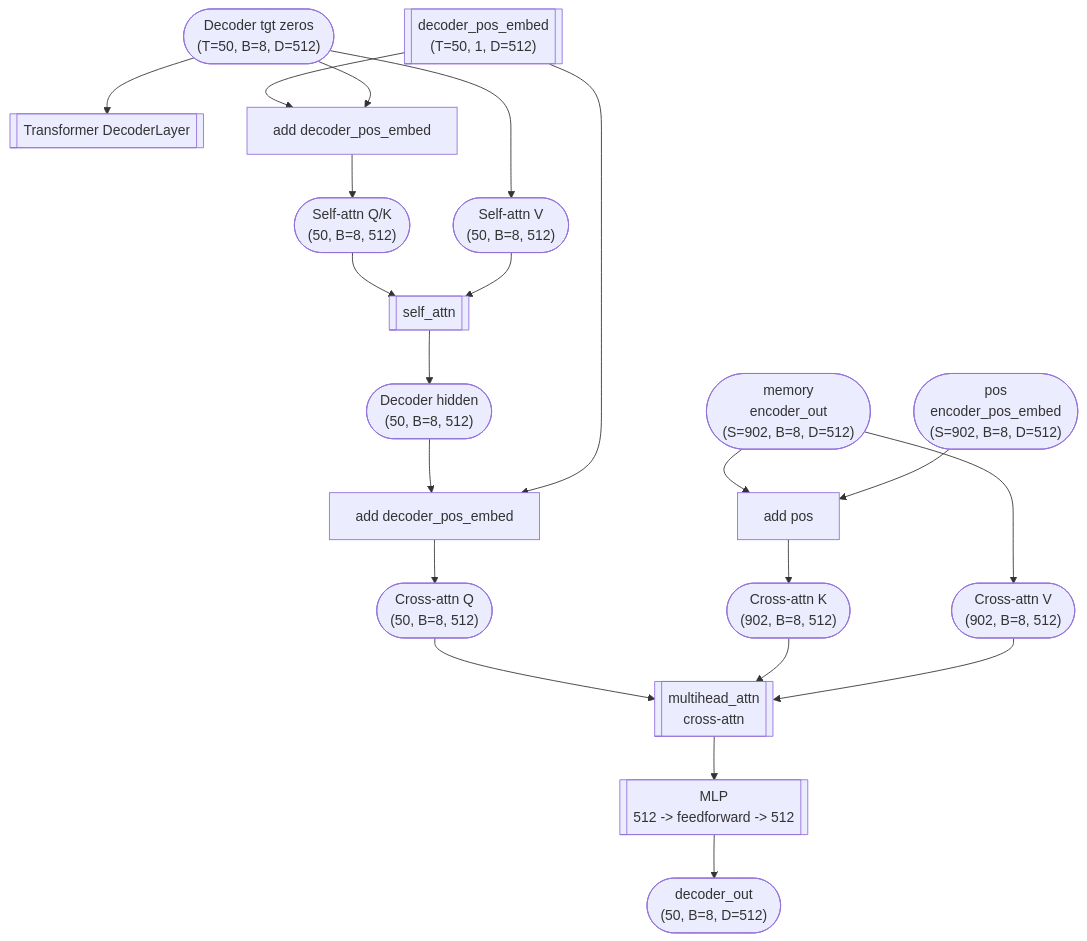
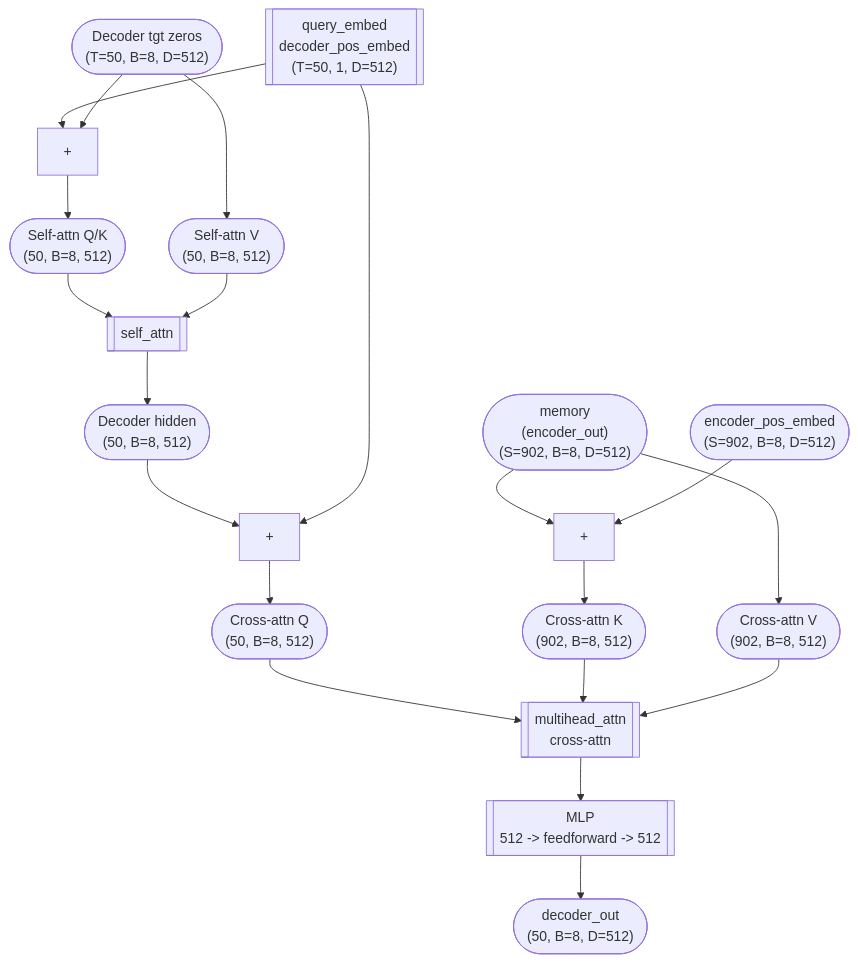
The third of 3 diagrams in 25/01/act.md (julyfun/how-to), drawn with Mermaid before and after one commit. The commit also changed other lines of this file and 1 other file, not shown here.

Commit message:
M 25/01/act.md | M papers/papers-batch-1.md

````diff
--- a/25/01/act.md
+++ b/25/01/act.md
@@ -145,26 +145,26 @@
 ```mermaid
 flowchart TD
-    tgt(["Decoder tgt zeros<br/>(T=50, B=8, D=512)"]) --> dec[["Transformer DecoderLayer"]]
-    query[["decoder_pos_embed<br/>(T=50, 1, D=512)"]] --> selfqk["add decoder_pos_embed"]
+    tgt(["Decoder tgt zeros<br/>(T=50, B=8, D=512)"])
+    query[["query_embed<br/>decoder_pos_embed<br/>(T=50, 1, D=512)"]] --> selfqk["+"]
     tgt --> selfqk
     selfqk --> selfq(["Self-attn Q/K<br/>(50, B=8, 512)"])
     tgt --> selfv(["Self-attn V<br/>(50, B=8, 512)"])
     selfq --> selfattn[["self_attn"]]
     selfv --> selfattn
     selfattn --> x1(["Decoder hidden<br/>(50, B=8, 512)"])
 
-    x1 --> crossqadd["add decoder_pos_embed"]
+    x1 --> crossqadd["+"]
     query --> crossqadd
     crossqadd --> crossq(["Cross-attn Q<br/>(50, B=8, 512)"])
 
-    mem(["memory<br/>encoder_out<br/>(S=902, B=8, D=512)"]) --> crosskadd["add pos"]
-    pos(["pos<br/>encoder_pos_embed<br/>(S=902, B=8, D=512)"]) --> crosskadd
+    mem(["memory<br/>(encoder_out)<br/>(S=902, B=8, D=512)"]) --> crosskadd["+"]
+    pos(["encoder_pos_embed<br/>(S=902, B=8, D=512)"]) --> crosskadd
     crosskadd --> crossk(["Cross-attn K<br/>(902, B=8, 512)"])
     mem --> crossv(["Cross-attn V<br/>(902, B=8, 512)"])
 
     crossq --> crossattn[["multihead_attn<br/>cross-attn"]]
     crossk --> crossattn
     crossv --> crossattn
     crossattn --> ff[["MLP<br/>512 -> feedforward -> 512"]]
     ff --> out(["decoder_out<br/>(50, B=8, D=512)"])
 ```
````
